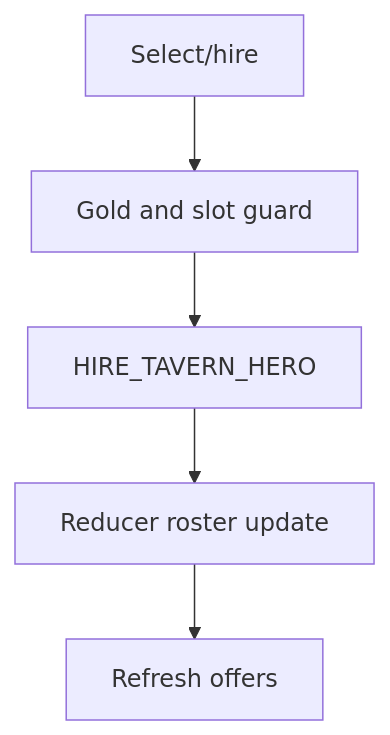
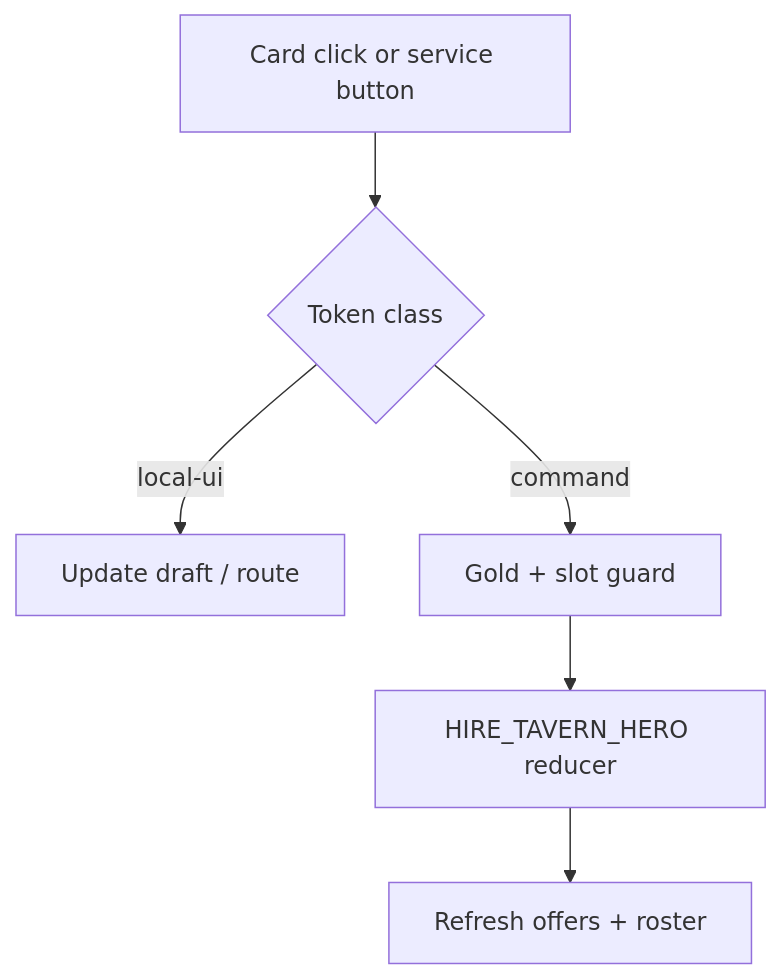
The third of 5 diagrams in docs/architecture/wiki/screens/28-tavern/architecture.md (SunaNoOshiro/Heroes_Reforged_AI_Realms), drawn with Mermaid before and after one commit. The commit also changed other lines of this file and 518 other files, not shown here.

First line of the commit message:
Add doc-audit skill and sweep architecture/screen docs

````diff
--- a/docs/architecture/wiki/screens/28-tavern/architecture.md
+++ b/docs/architecture/wiki/screens/28-tavern/architecture.md
@@ -44,8 +53,9 @@
 ```mermaid
 flowchart TD
-  I0["Select/hire"] --> I1
-  I1["Gold and slot guard"] --> I2
-  I2["HIRE_TAVERN_HERO"] --> I3
-  I3["Reducer roster update"] --> I4
-  I4["Refresh offers"]
+  I0["Card click or service button"] --> I1
+  I1{"Token class"}
+  I1 -->|local-ui| LU["Update draft / route"]
+  I1 -->|command| GD["Gold + slot guard"]
+  GD --> RD["HIRE_TAVERN_HERO reducer"]
+  RD --> I4["Refresh offers + roster"]
 ```
````
